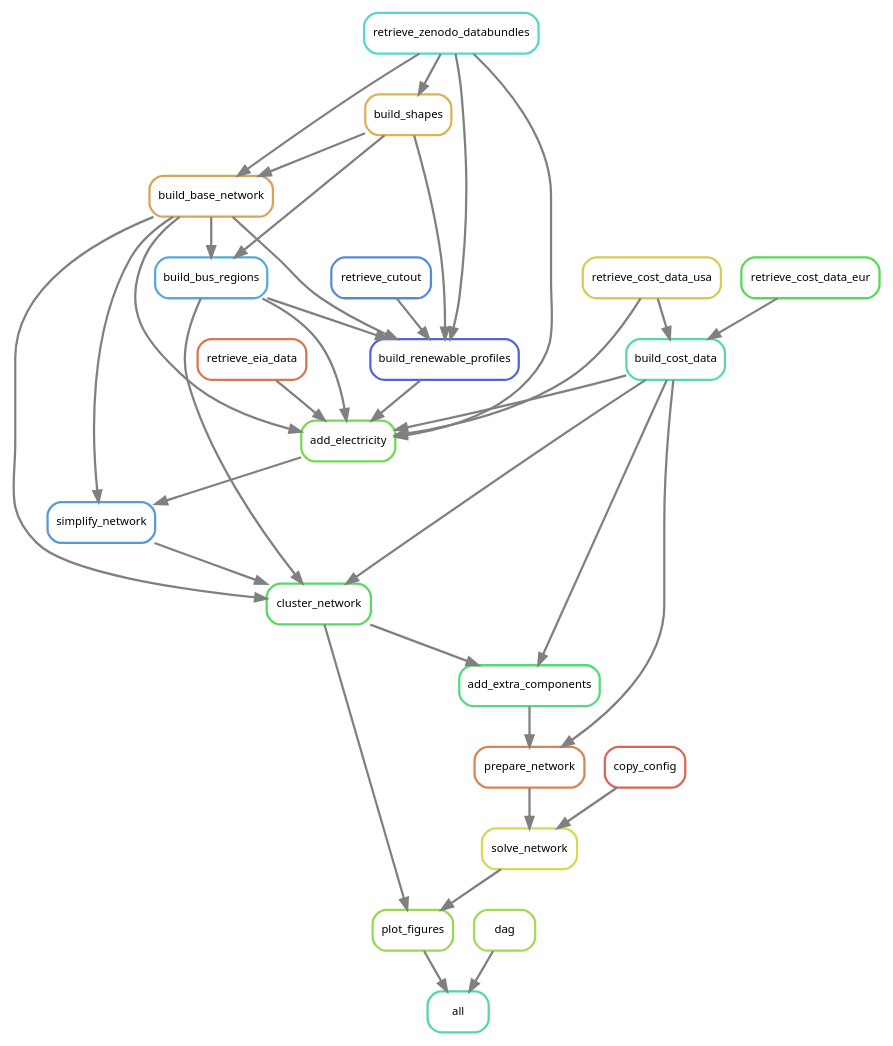
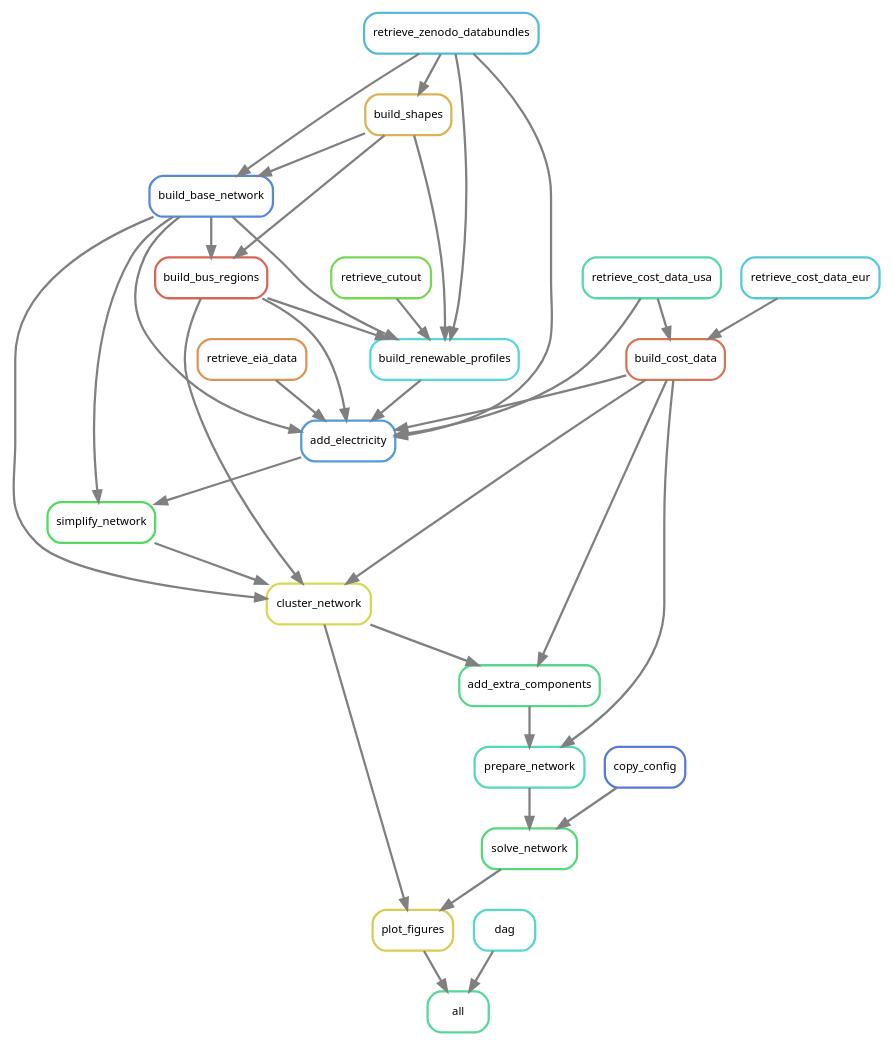
Before and after one commit to PyPSA/pypsa-usa: the diagram in workflow/repo_data/dag.dot, drawn with Graphviz. The commit also changed 4 other files, not shown here.

```diff
--- a/workflow/repo_data/dag.dot
+++ b/workflow/repo_data/dag.dot
@@ -1,60 +1,60 @@
 digraph snakemake_dag {
     graph[bgcolor=white, margin=0];
     node[shape=box, style=rounded, fontname=sans,                 fontsize=10, penwidth=2];
     edge[penwidth=2, color=grey];
 	0[label = "all", color = "0.42 0.6 0.85", style="rounded"];
-	1[label = "plot_figures", color = "0.25 0.6 0.85", style="rounded"];
-	2[label = "solve_network", color = "0.17 0.6 0.85", style="rounded"];
-	3[label = "prepare_network", color = "0.06 0.6 0.85", style="rounded"];
-	4[label = "add_extra_components", color = "0.38 0.6 0.85", style="rounded"];
-	5[label = "cluster_network", color = "0.35 0.6 0.85", style="rounded"];
-	6[label = "simplify_network", color = "0.58 0.6 0.85", style="rounded"];
-	7[label = "build_base_network", color = "0.10 0.6 0.85", style="rounded"];
-	8[label = "retrieve_zenodo_databundles", color = "0.48 0.6 0.85", style="rounded"];
+	1[label = "plot_figures", color = "0.15 0.6 0.85", style="rounded"];
+	2[label = "solve_network", color = "0.38 0.6 0.85", style="rounded"];
+	3[label = "prepare_network", color = "0.46 0.6 0.85", style="rounded"];
+	4[label = "add_extra_components", color = "0.40 0.6 0.85", style="rounded"];
+	5[label = "cluster_network", color = "0.17 0.6 0.85", style="rounded"];
+	6[label = "simplify_network", color = "0.35 0.6 0.85", style="rounded"];
+	7[label = "build_base_network", color = "0.60 0.6 0.85", style="rounded"];
+	8[label = "retrieve_zenodo_databundles", color = "0.54 0.6 0.85", style="rounded"];
 	9[label = "build_shapes", color = "0.12 0.6 0.85", style="rounded"];
-	10[label = "add_electricity", color = "0.29 0.6 0.85", style="rounded"];
-	11[label = "build_renewable_profiles", color = "0.65 0.6 0.85", style="rounded"];
-	12[label = "build_bus_regions", color = "0.56 0.6 0.85", style="rounded"];
-	13[label = "retrieve_cutout", color = "0.60 0.6 0.85", style="rounded"];
-	14[label = "build_cost_data", color = "0.44 0.6 0.85", style="rounded"];
-	15[label = "retrieve_cost_data_usa", color = "0.15 0.6 0.85", style="rounded"];
-	16[label = "retrieve_cost_data_eur", color = "0.33 0.6 0.85", style="rounded"];
-	17[label = "retrieve_eia_data", color = "0.04 0.6 0.85", style="rounded"];
-	18[label = "copy_config", color = "0.02 0.6 0.85", style="rounded"];
-	19[label = "dag", color = "0.23 0.6 0.85", style="rounded"];
+	10[label = "add_electricity", color = "0.58 0.6 0.85", style="rounded"];
+	11[label = "build_renewable_profiles", color = "0.50 0.6 0.85", style="rounded"];
+	12[label = "build_bus_regions", color = "0.02 0.6 0.85", style="rounded"];
+	13[label = "retrieve_cutout", color = "0.29 0.6 0.85", style="rounded"];
+	14[label = "build_cost_data", color = "0.04 0.6 0.85", style="rounded"];
+	15[label = "retrieve_cost_data_usa", color = "0.44 0.6 0.85", style="rounded"];
+	16[label = "retrieve_cost_data_eur", color = "0.52 0.6 0.85", style="rounded"];
+	17[label = "retrieve_eia_data", color = "0.08 0.6 0.85", style="rounded"];
+	18[label = "copy_config", color = "0.62 0.6 0.85", style="rounded"];
+	19[label = "dag", color = "0.48 0.6 0.85", style="rounded"];
 	19 -> 0
 	1 -> 0
+	2 -> 1
 	5 -> 1
-	2 -> 1
 	3 -> 2
 	18 -> 2
+	4 -> 3
 	14 -> 3
-	4 -> 3
+	5 -> 4
 	14 -> 4
-	5 -> 4
-	14 -> 5
 	7 -> 5
 	12 -> 5
 	6 -> 5
+	14 -> 5
 	7 -> 6
 	10 -> 6
 	8 -> 7
 	9 -> 7
 	8 -> 9
 	7 -> 10
-	15 -> 10
-	8 -> 10
 	12 -> 10
 	14 -> 10
+	15 -> 10
 	11 -> 10
 	17 -> 10
+	8 -> 10
 	7 -> 11
+	12 -> 11
+	13 -> 11
 	9 -> 11
 	8 -> 11
-	12 -> 11
-	13 -> 11
 	7 -> 12
 	9 -> 12
 	16 -> 14
 	15 -> 14
 }            
```
